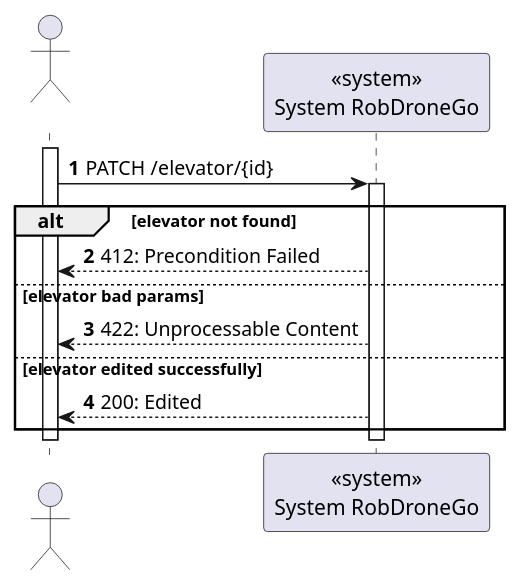
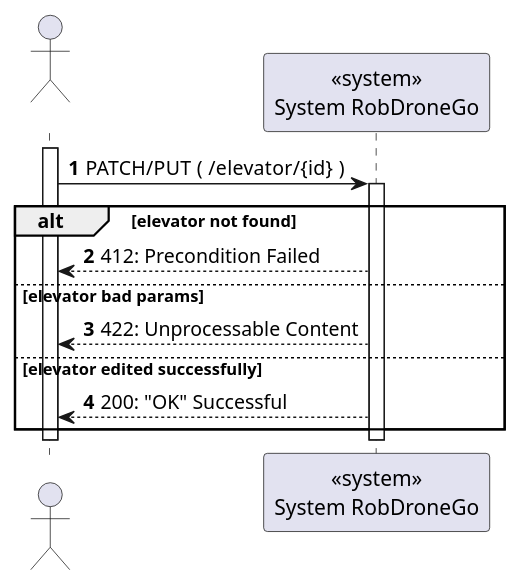
The diagram in docs/us280/level1/process-view.puml (Departamento-de-Engenharia-Informatica/lapr5-23-24-g19), drawn with PlantUML before and after one commit. The commit also changed 6 other files, not shown here.

Commit message:
docs(us280,290): lvl1,lvl2,lvl3, class diagram and view-processes updated

```diff
--- a/docs/us280/level1/process-view.puml
+++ b/docs/us280/level1/process-view.puml
@@ -1,22 +1,22 @@
 @startuml
 autonumber
 
 actor " " as actor
 participant "<<system>>\nSystem RobDroneGo" as sys
 
 activate actor
-    actor -> sys: PATCH /elevator/{id}
+    actor -> sys: PATCH/PUT  ( /elevator/{id} )
     activate sys
 
     alt  elevator not found
     sys --> actor : 412: Precondition Failed
         else elevator bad params
         sys --> actor : 422: Unprocessable Content
     else elevator edited successfully
-        sys --> actor : 200: Edited
+        sys --> actor : 200: "OK" Successful
     end
 
     deactivate sys
 deactivate actor
 
 @enduml
```
